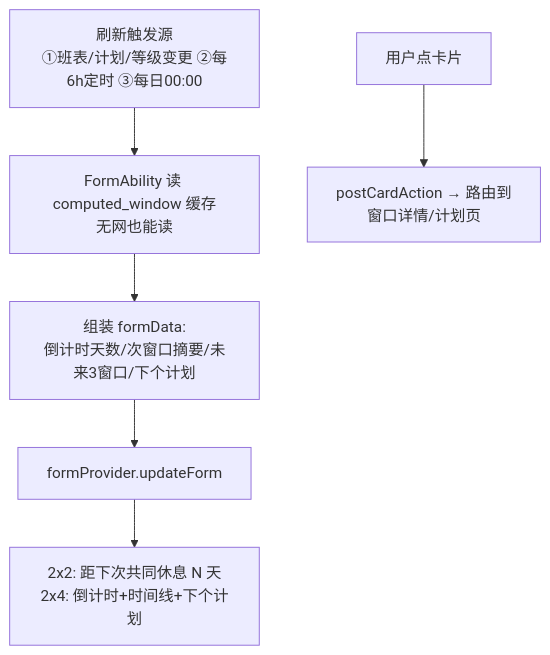
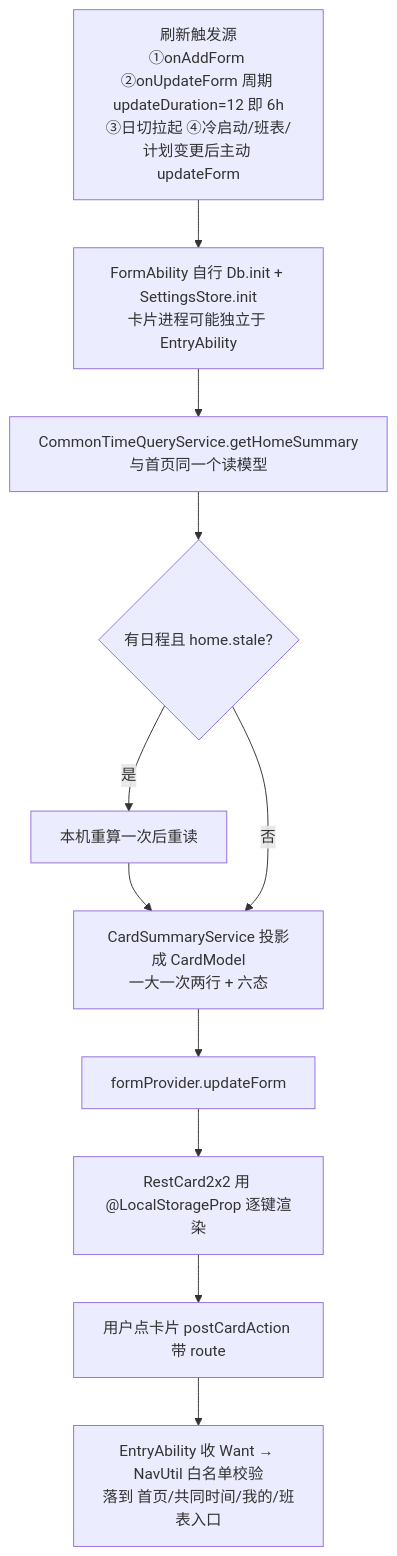
Before and after one commit to Shen-Yuuu/CommonRestday: diagram 13 of 14 in docs/03-功能链路设计.md, drawn with Mermaid. The commit also changed other lines of this file and 9 other files, not shown here.

````diff
--- a/docs/03-功能链路设计.md
+++ b/docs/03-功能链路设计.md
@@ -247,8 +254,12 @@
 ```mermaid
 flowchart TD
-    A[刷新触发源\n①班表/计划/等级变更 ②每6h定时 ③每日00:00] --> B[FormAbility 读 computed_window 缓存\n无网也能读]
-    B --> C[组装 formData:\n倒计时天数/次窗口摘要/未来3窗口/下个计划]
-    C --> D[formProvider.updateForm]
-    D --> E[2x2: 距下次共同休息 N 天\n2x4: 倒计时+时间线+下个计划]
-    F[用户点卡片] --> G[postCardAction → 路由到\n窗口详情/计划页]
+    A[刷新触发源\n①onAddForm ②onUpdateForm 周期 updateDuration=12 即 6h\n③日切拉起 ④冷启动/班表/计划变更后主动 updateForm] --> B[FormAbility 自行 Db.init + SettingsStore.init\n卡片进程可能独立于 EntryAbility]
+    B --> C[CommonTimeQueryService.getHomeSummary\n与首页同一个读模型]
+    C --> D{有日程且 home.stale?}
+    D -- 是 --> D1[本机重算一次后重读] --> E
+    D -- 否 --> E[CardSummaryService 投影成 CardModel\n一大一次两行 + 六态]
+    E --> F[formProvider.updateForm]
+    F --> G[RestCard2x2 用 @LocalStorageProp 逐键渲染]
+    G --> H[用户点卡片 postCardAction 带 route]
+    H --> I[EntryAbility 收 Want → NavUtil 白名单校验\n落到 首页/共同时间/我的/班表入口]
 ```
````
